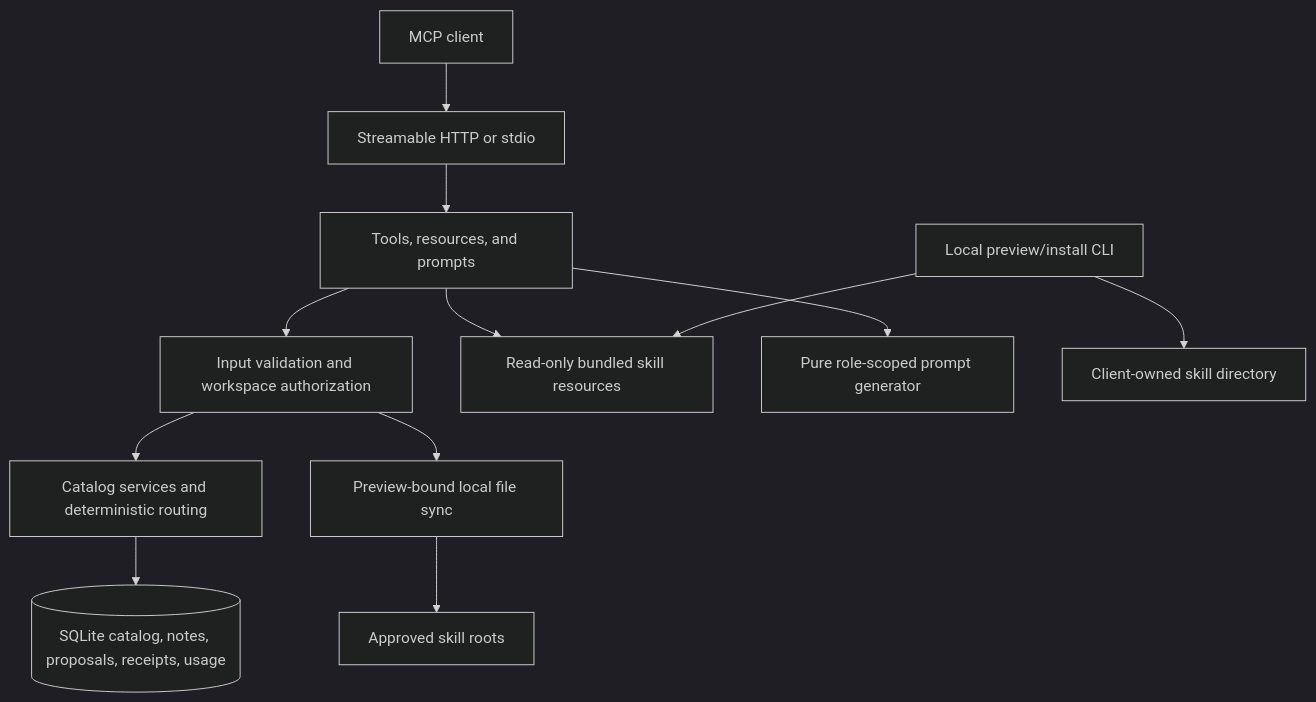
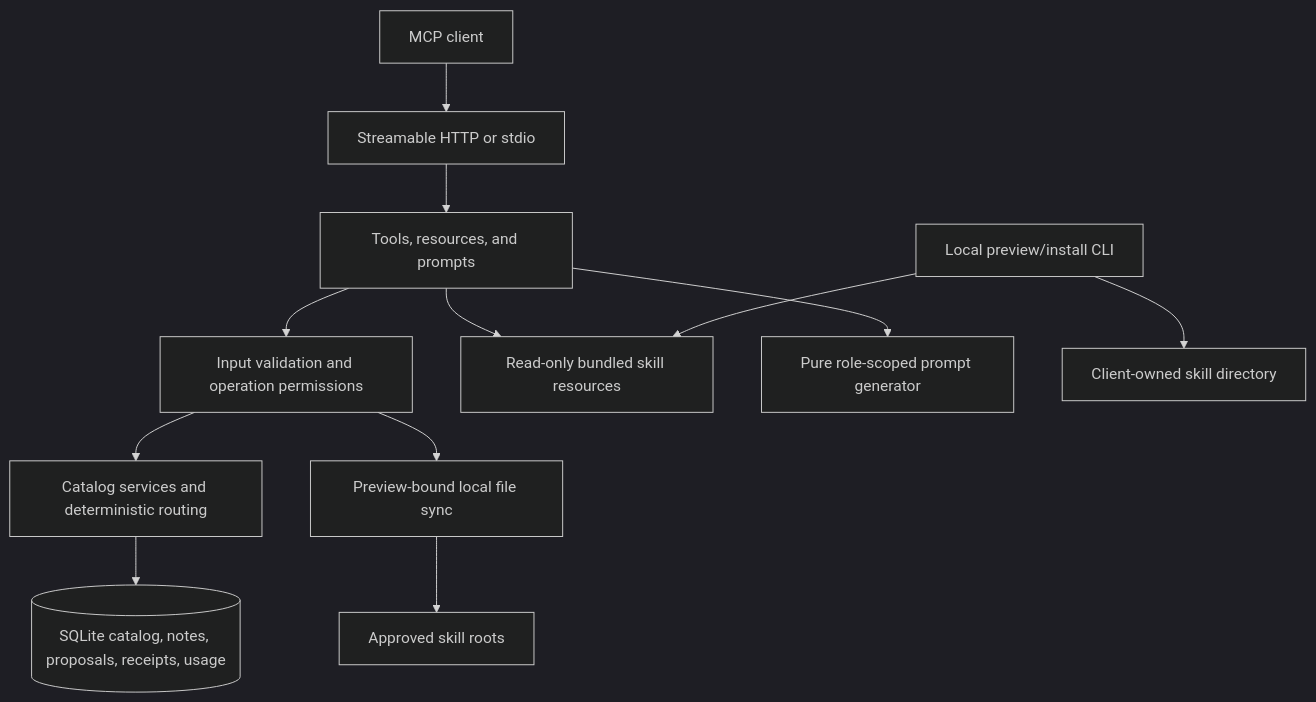
The diagram in README.md (okanaslan/lor-mcp), drawn with Mermaid (dark theme) before and after one commit. The commit also changed other lines of this file and 14 other files, not shown here.

````diff
--- a/README.md
+++ b/README.md
@@ -33,14 +33,14 @@
 ```mermaid
 flowchart TD
   Client["MCP client"] --> Transport["Streamable HTTP or stdio"]
   Transport --> Interface["Tools, resources, and prompts"]
-  Interface --> Policy["Input validation and workspace authorization"]
+  Interface --> Policy["Input validation and operation permissions"]
   Policy --> Catalog["Catalog services and deterministic routing"]
   Catalog --> DB[("SQLite catalog, notes, proposals, receipts, usage")]
   Policy --> Sync["Preview-bound local file sync"]
   Sync --> Files["Approved skill roots"]
   Interface --> Bundled["Read-only bundled skill resources"]
   Interface --> Prompts["Pure role-scoped prompt generator"]
   Installer["Local preview/install CLI"] --> Bundled
   Installer --> Destination["Client-owned skill directory"]
 ```
````
